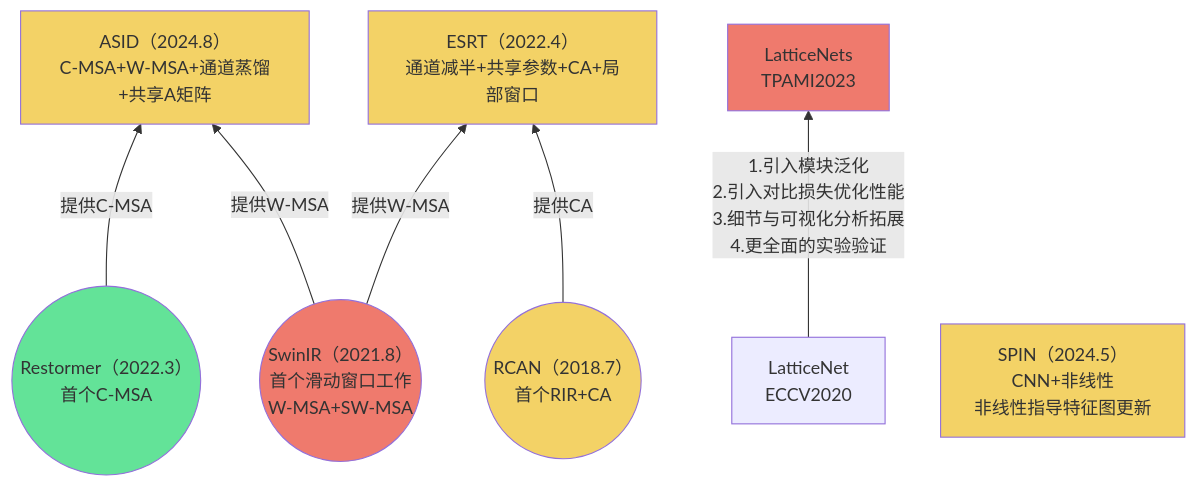
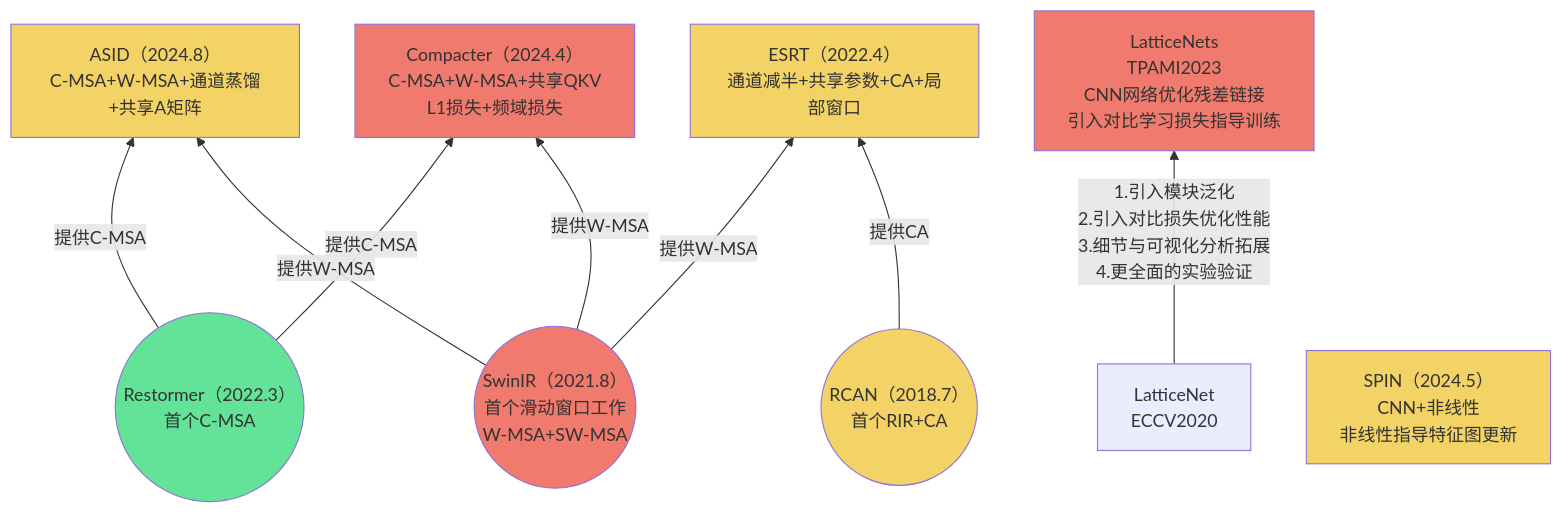
One commit to Elephant-King9/Paper changed the third of 4 diagrams in CV/Lightweight/analyse.md. Above: the diagram before and after it, drawn with Mermaid. The commit also changed other lines of this file and 8 other files, not shown here.

````diff
--- a/CV/Lightweight/analyse.md
+++ b/CV/Lightweight/analyse.md
@@ -50,29 +53,33 @@
 ```mermaid
 flowchart BT
 		
 		Restormer-->|提供C-MSA|ASID
+		Restormer-->|提供C-MSA|Compacter
+		SwinIR-->|提供W-MSA|Compacter
 		SwinIR-->|提供W-MSA|ASID
 		SwinIR-->|提供W-MSA|ESRT
 		RCAN-->|提供CA|ESRT
 		LatticeNet-->|1.引入模块泛化<br>2.引入对比损失优化性能<br>3.细节与可视化分析拓展<br>4.更全面的实验验证|LatticeNets
 		
 		SwinIR@{ shape: circle, label: "SwinIR（2021.8）<br>首个滑动窗口工作<br>W-MSA+SW-MSA" }
 				style SwinIR fill:#EF7A6D
 		Restormer@{ shape: circle, label: "Restormer（2022.3）<br>首个C-MSA" }
 				style Restormer fill:#63E398
     
     RCAN@{ shape: circle, label: "RCAN（2018.7）<br>首个RIR+CA" }
 				style RCAN fill:#F3D266
     		
     ESRT[ESRT（2022.4）<br>通道减半+共享参数+CA+局部窗口]
 				style ESRT fill:#F3D266
 		ASID[ASID（2024.8）<br>C-MSA+W-MSA+通道蒸馏+共享A矩阵]
 			style ASID fill:#F3D266
 			
 		SPIN[SPIN（2024.5）<br>CNN+非线性<br>非线性指导特征图更新]
 			style SPIN fill:#F3D266
 			
 		LatticeNet[LatticeNet<br>ECCV2020]
-		LatticeNets[LatticeNets<br>TPAMI2023]
+		LatticeNets[LatticeNets<br>TPAMI2023<br>CNN网络优化残差链接<br>引入对比学习损失指导训练]
 			style LatticeNets fill:#EF7A6D
+		Compacter[Compacter（2024.4）<br>C-MSA+W-MSA+共享QKV<br>L1损失+频域损失]
+			style Compacter fill:#EF7A6D
 ```
````
